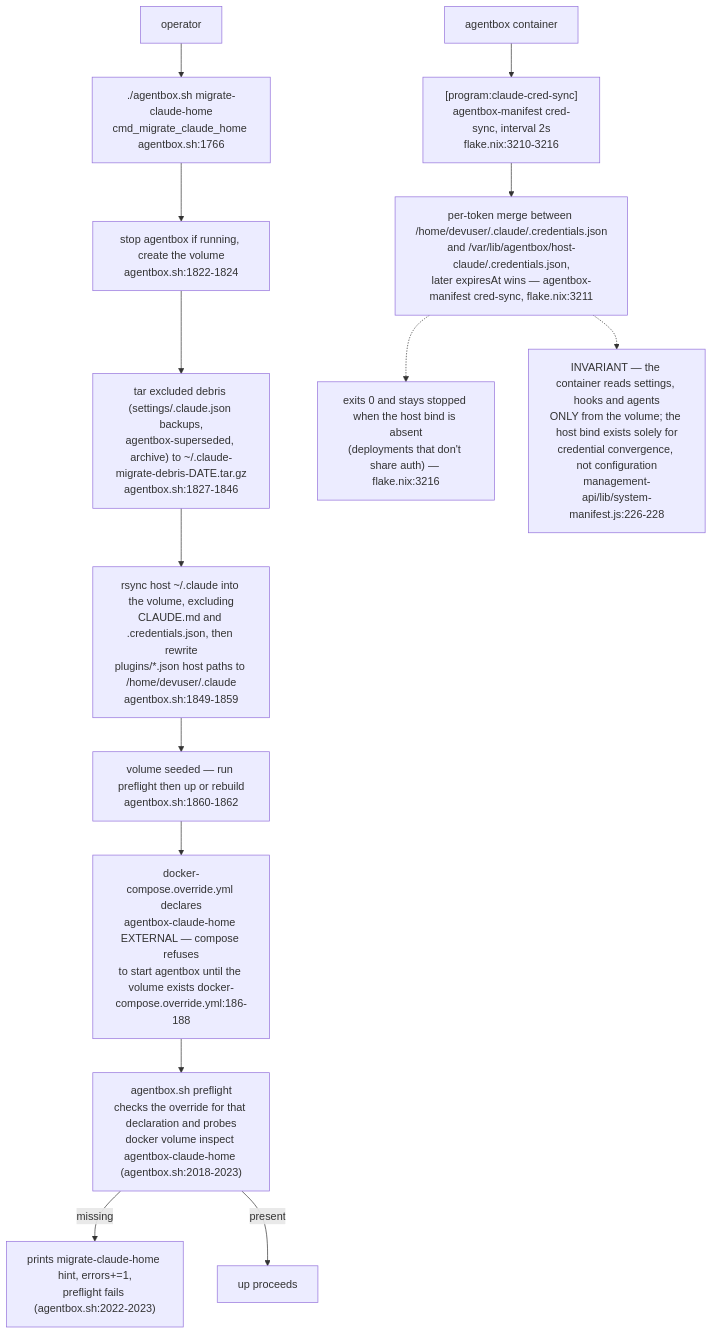
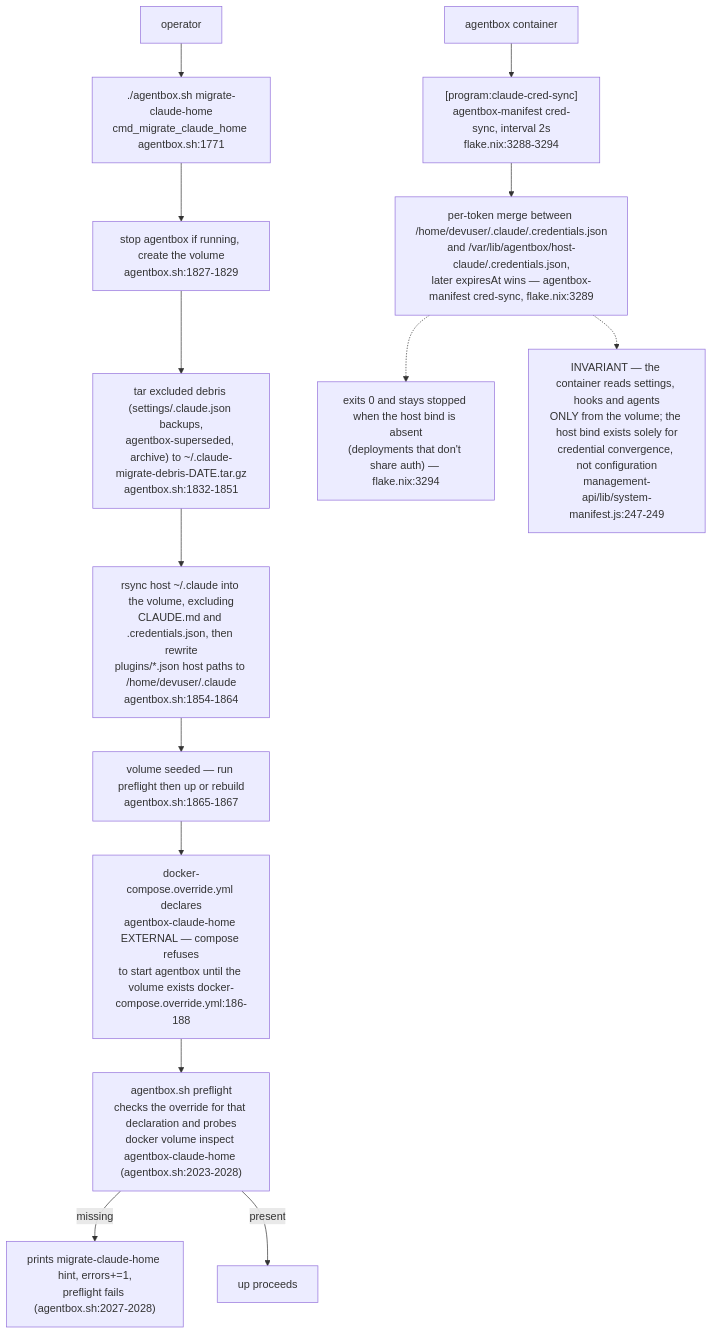
Diagram 11 of 14 in docs/diagrams/agentbox/06-sidecars-and-compose-overlays.md (DreamLab-AI/VisionFlow), drawn with Mermaid before and after one commit. The commit also changed other lines of this file and 160 other files, not shown here.

````diff
--- a/docs/diagrams/agentbox/06-sidecars-and-compose-overlays.md
+++ b/docs/diagrams/agentbox/06-sidecars-and-compose-overlays.md
@@ -320,16 +329,16 @@
 ```mermaid
 flowchart TB
-    DEC["docker-compose.override.yml declares<br/>agentbox-claude-home EXTERNAL — compose refuses<br/>to start agentbox until the volume exists docker-compose.override.yml:186-188"] --> PRE["agentbox.sh preflight<br/>checks the override for that declaration and probes<br/>docker volume inspect agentbox-claude-home (agentbox.sh:2018-2023)"]
-    PRE -->|"missing"| ERR["prints migrate-claude-home hint, errors+=1,<br/>preflight fails (agentbox.sh:2022-2023)"]
+    DEC["docker-compose.override.yml declares<br/>agentbox-claude-home EXTERNAL — compose refuses<br/>to start agentbox until the volume exists docker-compose.override.yml:186-188"] --> PRE["agentbox.sh preflight<br/>checks the override for that declaration and probes<br/>docker volume inspect agentbox-claude-home (agentbox.sh:2023-2028)"]
+    PRE -->|"missing"| ERR["prints migrate-claude-home hint, errors+=1,<br/>preflight fails (agentbox.sh:2027-2028)"]
     PRE -->|"present"| OK["up proceeds"]
-    OP["operator"] --> MIG["./agentbox.sh migrate-claude-home<br/>cmd_migrate_claude_home agentbox.sh:1766"]
-    MIG --> STOP["stop agentbox if running, create the volume<br/>agentbox.sh:1822-1824"]
-    STOP --> DEBRIS["tar excluded debris (settings/.claude.json backups,<br/>agentbox-superseded, archive) to ~/.claude-migrate-debris-DATE.tar.gz<br/>agentbox.sh:1827-1846"]
-    DEBRIS --> RSYNC["rsync host ~/.claude into the volume, excluding<br/>CLAUDE.md and .credentials.json, then rewrite<br/>plugins/*.json host paths to /home/devuser/.claude<br/>agentbox.sh:1849-1859"]
-    RSYNC --> DONE["volume seeded — run preflight then up or rebuild<br/>agentbox.sh:1860-1862"]
+    OP["operator"] --> MIG["./agentbox.sh migrate-claude-home<br/>cmd_migrate_claude_home agentbox.sh:1771"]
+    MIG --> STOP["stop agentbox if running, create the volume<br/>agentbox.sh:1827-1829"]
+    STOP --> DEBRIS["tar excluded debris (settings/.claude.json backups,<br/>agentbox-superseded, archive) to ~/.claude-migrate-debris-DATE.tar.gz<br/>agentbox.sh:1832-1851"]
+    DEBRIS --> RSYNC["rsync host ~/.claude into the volume, excluding<br/>CLAUDE.md and .credentials.json, then rewrite<br/>plugins/*.json host paths to /home/devuser/.claude<br/>agentbox.sh:1854-1864"]
+    RSYNC --> DONE["volume seeded — run preflight then up or rebuild<br/>agentbox.sh:1865-1867"]
     DONE --> DEC
-    AB2["agentbox container"] --> SYNC["[program:claude-cred-sync]<br/>agentbox-manifest cred-sync, interval 2s<br/>flake.nix:3210-3216"]
-    SYNC --> MERGE["per-token merge between /home/devuser/.claude/.credentials.json<br/>and /var/lib/agentbox/host-claude/.credentials.json,<br/>later expiresAt wins — agentbox-manifest cred-sync, flake.nix:3211"]
-    MERGE -.-> ABSENT["exits 0 and stays stopped when the host bind is absent<br/>(deployments that don't share auth) — flake.nix:3216"]
-    MERGE -.-> INV["INVARIANT — the container reads settings, hooks and agents<br/>ONLY from the volume; the host bind exists solely for<br/>credential convergence, not configuration<br/>management-api/lib/system-manifest.js:226-228"]
+    AB2["agentbox container"] --> SYNC["[program:claude-cred-sync]<br/>agentbox-manifest cred-sync, interval 2s<br/>flake.nix:3288-3294"]
+    SYNC --> MERGE["per-token merge between /home/devuser/.claude/.credentials.json<br/>and /var/lib/agentbox/host-claude/.credentials.json,<br/>later expiresAt wins — agentbox-manifest cred-sync, flake.nix:3289"]
+    MERGE -.-> ABSENT["exits 0 and stays stopped when the host bind is absent<br/>(deployments that don't share auth) — flake.nix:3294"]
+    MERGE -.-> INV["INVARIANT — the container reads settings, hooks and agents<br/>ONLY from the volume; the host bind exists solely for<br/>credential convergence, not configuration<br/>management-api/lib/system-manifest.js:247-249"]
 ```
````
